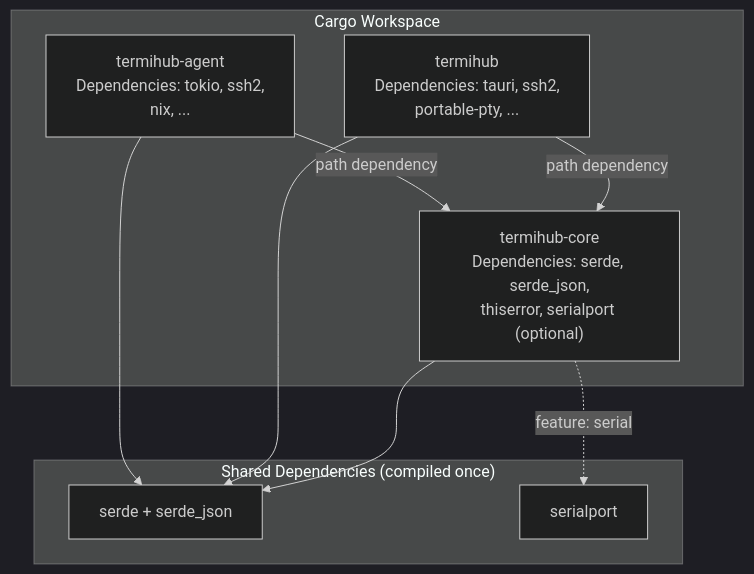
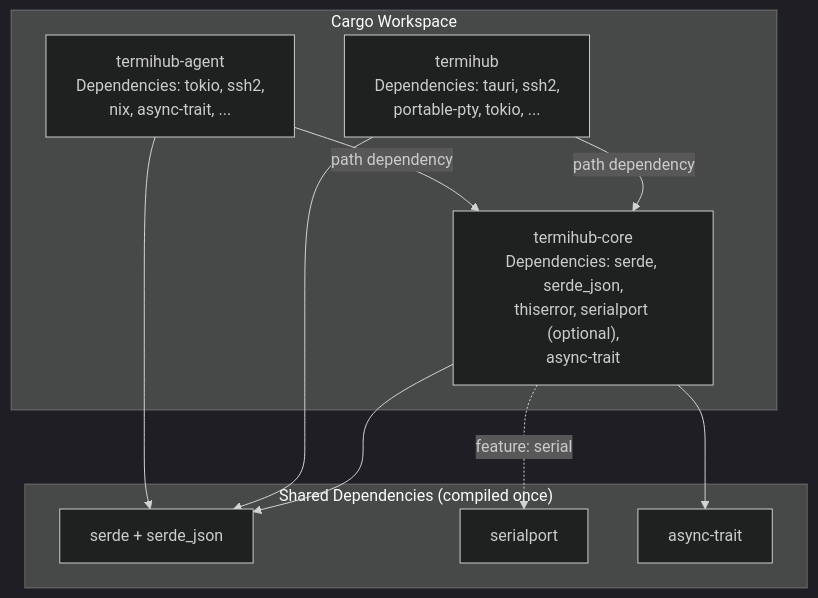
One commit to armaxri/termiHub changed the ninth of 10 diagrams in docs/concepts/shared-rust-core.md. Above: the diagram before and after it, drawn with Mermaid (dark theme). The commit also changed other lines of this file, not shown here.

First line of the commit message:
docs(concept): rewrite shared-rust-core as backend engine, not utility crate

````diff
--- a/docs/concepts/shared-rust-core.md
+++ b/docs/concepts/shared-rust-core.md
@@ -509,21 +986,23 @@
 ```mermaid
 graph TD
     subgraph "Cargo Workspace"
-        CORE["termihub-core<br/>Dependencies: serde, serde_json,<br/>thiserror, serialport (optional)"]
-        DESKTOP["termihub<br/>Dependencies: tauri, ssh2,<br/>portable-pty, ..."]
-        AGENT["termihub-agent<br/>Dependencies: tokio, ssh2,<br/>nix, ..."]
+        CORE["termihub-core<br/>Dependencies: serde, serde_json,<br/>thiserror, serialport (optional),<br/>async-trait"]
+        DESKTOP["termihub<br/>Dependencies: tauri, ssh2,<br/>portable-pty, tokio, ..."]
+        AGENT["termihub-agent<br/>Dependencies: tokio, ssh2,<br/>nix, async-trait, ..."]
     end
 
     DESKTOP -->|"path dependency"| CORE
     AGENT -->|"path dependency"| CORE
 
     subgraph "Shared Dependencies (compiled once)"
         SD[serde + serde_json]
         SP[serialport]
+        AT[async-trait]
     end
 
     CORE --> SD
     CORE -.->|"feature: serial"| SP
+    CORE --> AT
     DESKTOP --> SD
     AGENT --> SD
 ```
````
